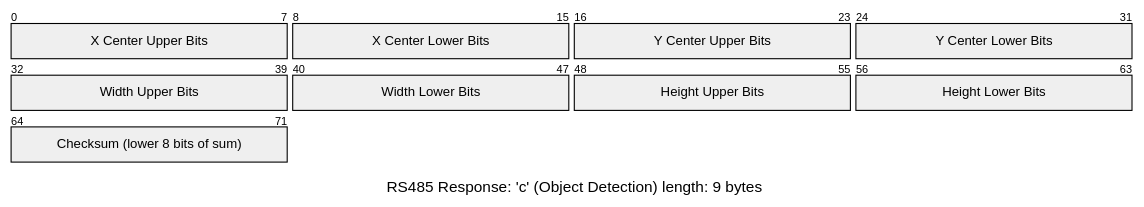
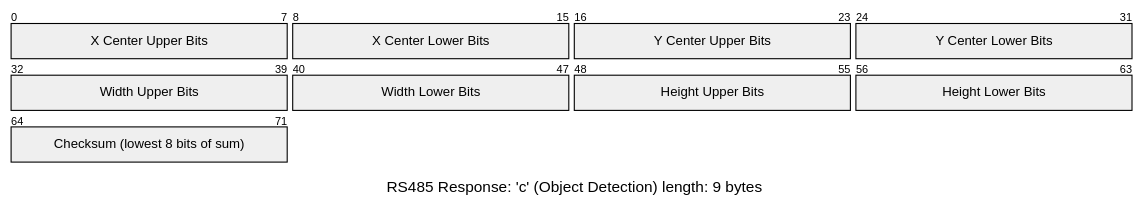
One commit to libhal/vex-irb-adapter changed the third of 3 diagrams in README.md. Above: the diagram before and after it, drawn with Mermaid. The commit also changed other lines of this file and 1 other file, not shown here.

````diff
--- a/README.md
+++ b/README.md
@@ -242,15 +242,15 @@
 ```mermaid
 ---
 title: "RS485 Response: 'c' (Object Detection) length: 9 bytes"
 ---
 packet
 0-7: "X Center Upper Bits"
 8-15: "X Center Lower Bits"
 16-23: "Y Center Upper Bits"
 24-31: "Y Center Lower Bits"
 32-39: "Width Upper Bits"
 40-47: "Width Lower Bits"
 48-55: "Height Upper Bits"
 56-63: "Height Lower Bits"
-64-71: "Checksum (lower 8 bits of sum)"
+64-71: "Checksum (lowest 8 bits of sum)"
 ```
````
